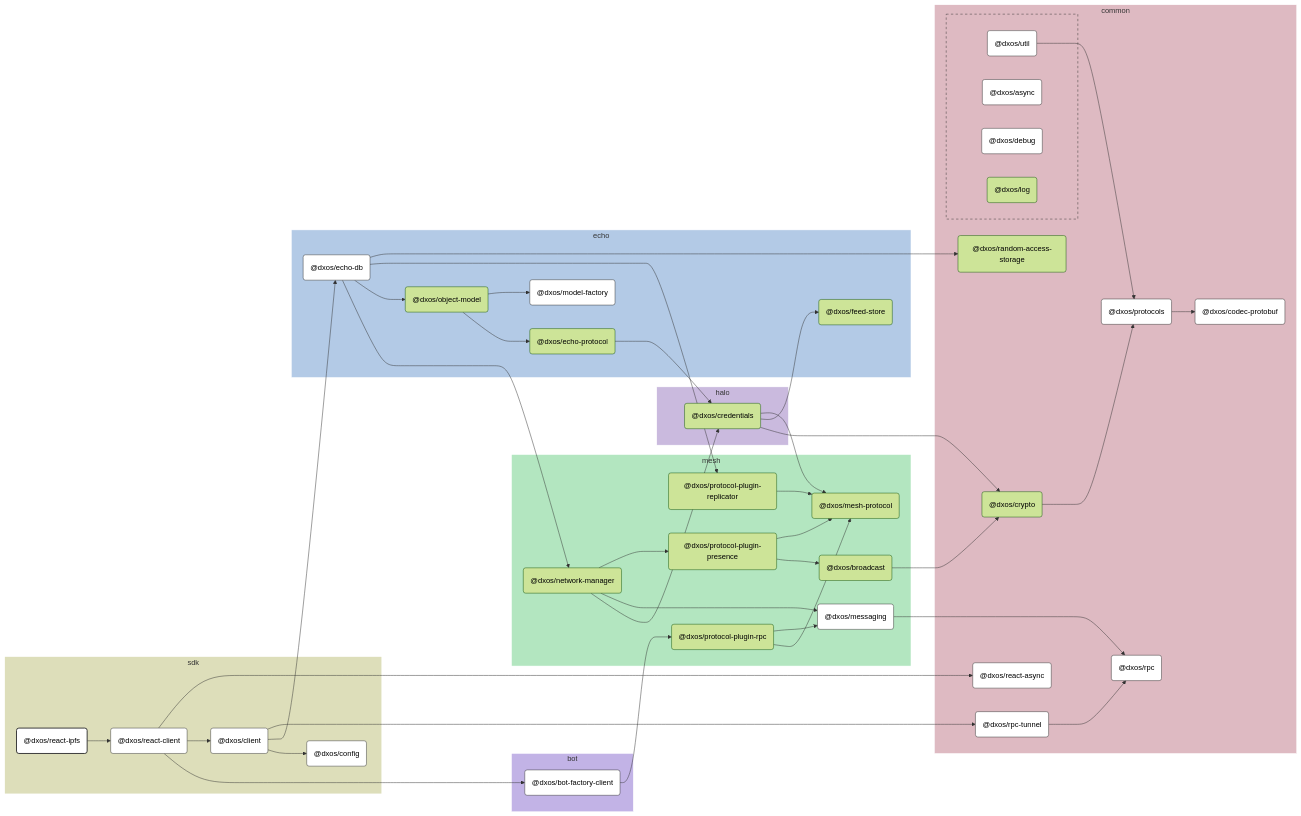
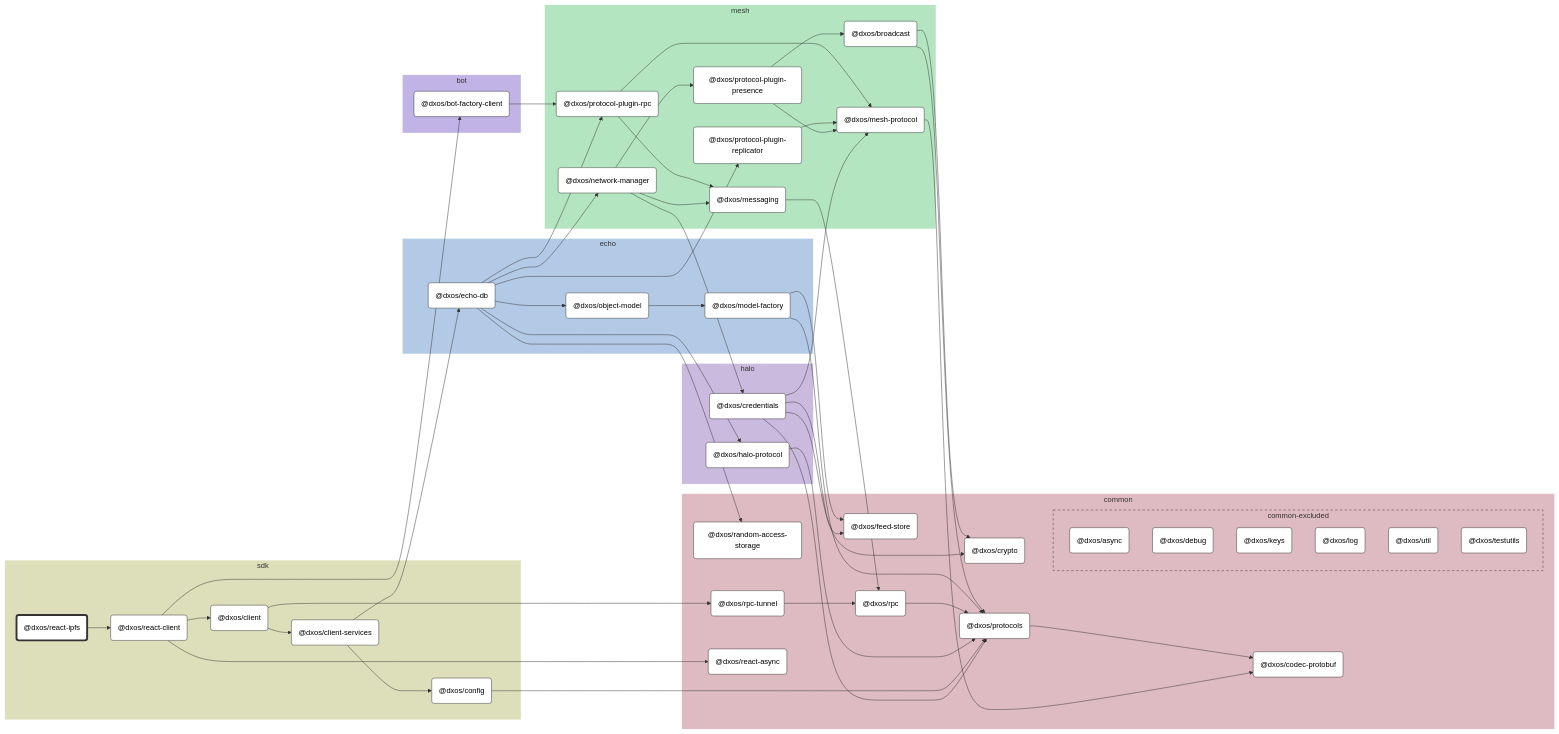
Before and after one commit to dxos/dxos: the diagram in packages/sdk/react-ipfs/docs/README.md, drawn with Mermaid (forest theme). The commit also changed other lines of this file and 683 other files, not shown here.

````diff
--- a/packages/sdk/react-ipfs/docs/README.md
+++ b/packages/sdk/react-ipfs/docs/README.md
@@ -9,143 +9,143 @@
 
 flowchart LR
 
-%% Links
-dxos/bot-factory-client --> dxos/protocol-plugin-rpc;
-dxos/broadcast --> dxos/crypto;
-dxos/client --> dxos/config;
-dxos/client --> dxos/echo-db;
-dxos/client --> dxos/rpc-tunnel;
-dxos/credentials --> dxos/crypto;
-dxos/credentials --> dxos/feed-store;
-dxos/credentials --> dxos/mesh-protocol;
-dxos/crypto --> dxos/protocols;
-dxos/echo-db --> dxos/network-manager;
-dxos/echo-db --> dxos/object-model;
-dxos/echo-db --> dxos/protocol-plugin-replicator;
-dxos/echo-db --> dxos/random-access-storage;
-dxos/echo-protocol --> dxos/credentials;
-dxos/messaging --> dxos/rpc;
-dxos/network-manager --> dxos/credentials;
-dxos/network-manager --> dxos/messaging;
-dxos/network-manager --> dxos/protocol-plugin-presence;
-dxos/object-model --> dxos/echo-protocol;
-dxos/object-model --> dxos/model-factory;
-dxos/protocol-plugin-presence --> dxos/broadcast;
-dxos/protocol-plugin-presence --> dxos/mesh-protocol;
-dxos/protocol-plugin-replicator --> dxos/mesh-protocol;
-dxos/protocol-plugin-rpc --> dxos/mesh-protocol;
-dxos/protocol-plugin-rpc --> dxos/messaging;
-dxos/protocols --> dxos/codec-protobuf;
-dxos/react-client --> dxos/bot-factory-client;
-dxos/react-client --> dxos/client;
-dxos/react-client --> dxos/react-async;
-dxos/react-ipfs --> dxos/react-client;
-dxos/rpc-tunnel --> dxos/rpc;
-dxos/util --> dxos/protocols;
+%% Classes
+classDef def fill:#fff,stroke:#333,stroke-width:1px
+classDef root fill:#fff,stroke:#333,stroke-width:4px
 
-%% Sections
-subgraph sdk
-  style sdk fill:#dddeba,stroke:#fff;
+%% Nodes
 
-  dxos/client("@dxos/client")
-  dxos/config("@dxos/config")
-  dxos/react-client("@dxos/react-client")
-  dxos/react-ipfs("@dxos/react-ipfs")
+subgraph sdk [sdk]
+  style sdk fill:#dddeba,stroke:#fff
+  dxos/react-ipfs("@dxos/react-ipfs"):::root
+  click dxos/react-ipfs "dxos/dxos/tree/main/packages/sdk/react-ipfs/docs"
+  dxos/client("@dxos/client"):::def
+  click dxos/client "dxos/dxos/tree/main/packages/sdk/client/docs"
+  dxos/client-services("@dxos/client-services"):::def
+  click dxos/client-services "dxos/dxos/tree/main/packages/sdk/client-services/docs"
+  dxos/config("@dxos/config"):::def
+  click dxos/config "dxos/dxos/tree/main/packages/sdk/config/docs"
+  dxos/react-client("@dxos/react-client"):::def
+  click dxos/react-client "dxos/dxos/tree/main/packages/sdk/react-client/docs"
 end
 
-subgraph common
-  style common fill:#debac2,stroke:#fff;
+subgraph common [common]
+  style common fill:#debac2,stroke:#fff
+  dxos/codec-protobuf("@dxos/codec-protobuf"):::def
+  click dxos/codec-protobuf "dxos/dxos/tree/main/packages/common/codec-protobuf/docs"
+  dxos/crypto("@dxos/crypto"):::def
+  click dxos/crypto "dxos/dxos/tree/main/packages/common/crypto/docs"
+  dxos/feed-store("@dxos/feed-store"):::def
+  click dxos/feed-store "dxos/dxos/tree/main/packages/common/feed-store/docs"
+  dxos/protocols("@dxos/protocols"):::def
+  click dxos/protocols "dxos/dxos/tree/main/packages/common/protocols/docs"
+  dxos/rpc("@dxos/rpc"):::def
+  click dxos/rpc "dxos/dxos/tree/main/packages/common/rpc/docs"
+  dxos/random-access-storage("@dxos/random-access-storage"):::def
+  click dxos/random-access-storage "dxos/dxos/tree/main/packages/common/random-access-storage/docs"
+  dxos/rpc-tunnel("@dxos/rpc-tunnel"):::def
+  click dxos/rpc-tunnel "dxos/dxos/tree/main/packages/common/rpc-tunnel/docs"
+  dxos/react-async("@dxos/react-async"):::def
+  click dxos/react-async "dxos/dxos/tree/main/packages/common/react-async/docs"
 
-  dxos/codec-protobuf("@dxos/codec-protobuf")
-  dxos/crypto("@dxos/crypto")
-  dxos/protocols("@dxos/protocols")
-  dxos/random-access-storage("@dxos/random-access-storage")
-  dxos/react-async("@dxos/react-async")
-  dxos/rpc("@dxos/rpc")
-  dxos/rpc-tunnel("@dxos/rpc-tunnel")
-
-  subgraph common-excluded [ ]
-    style common-excluded fill:#debac2,stroke:#333,stroke-dasharray:5 5;
-
-    dxos/async("@dxos/async")
-    dxos/debug("@dxos/debug")
-    dxos/log("@dxos/log")
-    dxos/util("@dxos/util")
+  subgraph common-excluded [common-excluded]
+    style common-excluded fill:#debac2,stroke:#333,stroke-dasharray:5 5
+    dxos/async("@dxos/async"):::def
+    click dxos/async "dxos/dxos/tree/main/packages/common/async/docs"
+    dxos/debug("@dxos/debug"):::def
+    click dxos/debug "dxos/dxos/tree/main/packages/common/debug/docs"
+    dxos/keys("@dxos/keys"):::def
+    click dxos/keys "dxos/dxos/tree/main/packages/common/keys/docs"
+    dxos/log("@dxos/log"):::def
+    click dxos/log "dxos/dxos/tree/main/packages/common/log/docs"
+    dxos/util("@dxos/util"):::def
+    click dxos/util "dxos/dxos/tree/main/packages/common/util/docs"
+    dxos/testutils("@dxos/testutils"):::def
+    click dxos/testutils "dxos/dxos/tree/main/packages/common/testutils/docs"
   end
 end
 
-subgraph echo
-  style echo fill:#b3cae6,stroke:#fff;
-
-  dxos/echo-db("@dxos/echo-db")
-  dxos/echo-protocol("@dxos/echo-protocol")
-  dxos/feed-store("@dxos/feed-store")
-  dxos/model-factory("@dxos/model-factory")
-  dxos/object-model("@dxos/object-model")
+subgraph halo [halo]
+  style halo fill:#cabade,stroke:#fff
+  dxos/credentials("@dxos/credentials"):::def
+  click dxos/credentials "dxos/dxos/tree/main/packages/halo/credentials/docs"
+  dxos/halo-protocol("@dxos/halo-protocol"):::def
+  click dxos/halo-protocol "dxos/dxos/tree/main/packages/halo/halo-protocol/docs"
 end
 
-subgraph halo
-  style halo fill:#cabade,stroke:#fff;
-
-  dxos/credentials("@dxos/credentials")
+subgraph mesh [mesh]
+  style mesh fill:#b3e6c0,stroke:#fff
+  dxos/mesh-protocol("@dxos/mesh-protocol"):::def
+  click dxos/mesh-protocol "dxos/dxos/tree/main/packages/mesh/mesh-protocol/docs"
+  dxos/messaging("@dxos/messaging"):::def
+  click dxos/messaging "dxos/dxos/tree/main/packages/mesh/messaging/docs"
+  dxos/network-manager("@dxos/network-manager"):::def
+  click dxos/network-manager "dxos/dxos/tree/main/packages/mesh/network-manager/docs"
+  dxos/protocol-plugin-presence("@dxos/protocol-plugin-presence"):::def
+  click dxos/protocol-plugin-presence "dxos/dxos/tree/main/packages/mesh/protocol-plugin-presence/docs"
+  dxos/broadcast("@dxos/broadcast"):::def
+  click dxos/broadcast "dxos/dxos/tree/main/packages/mesh/broadcast/docs"
+  dxos/protocol-plugin-replicator("@dxos/protocol-plugin-replicator"):::def
+  click dxos/protocol-plugin-replicator "dxos/dxos/tree/main/packages/mesh/protocol-plugin-replicator/docs"
+  dxos/protocol-plugin-rpc("@dxos/protocol-plugin-rpc"):::def
+  click dxos/protocol-plugin-rpc "dxos/dxos/tree/main/packages/mesh/protocol-plugin-rpc/docs"
 end
 
-subgraph mesh
-  style mesh fill:#b3e6c0,stroke:#fff;
-
-  dxos/broadcast("@dxos/broadcast")
-  dxos/mesh-protocol("@dxos/mesh-protocol")
-  dxos/messaging("@dxos/messaging")
-  dxos/network-manager("@dxos/network-manager")
-  dxos/protocol-plugin-presence("@dxos/protocol-plugin-presence")
-  dxos/protocol-plugin-replicator("@dxos/protocol-plugin-replicator")
-  dxos/protocol-plugin-rpc("@dxos/protocol-plugin-rpc")
+subgraph echo [echo]
+  style echo fill:#b3cae6,stroke:#fff
+  dxos/echo-db("@dxos/echo-db"):::def
+  click dxos/echo-db "dxos/dxos/tree/main/packages/echo/echo-db/docs"
+  dxos/model-factory("@dxos/model-factory"):::def
+  click dxos/model-factory "dxos/dxos/tree/main/packages/echo/model-factory/docs"
+  dxos/object-model("@dxos/object-model"):::def
+  click dxos/object-model "dxos/dxos/tree/main/packages/echo/object-model/docs"
 end
 
-subgraph bot
-  style bot fill:#c2b3e6,stroke:#fff;
-
-  dxos/bot-factory-client("@dxos/bot-factory-client")
+subgraph bot [bot]
+  style bot fill:#c2b3e6,stroke:#fff
+  dxos/bot-factory-client("@dxos/bot-factory-client"):::def
+  click dxos/bot-factory-client "dxos/dxos/tree/main/packages/bot/bot-factory-client/docs"
 end
 
-
-%% Hyperlinks
-click dxos/async "dxos/dxos/tree/main/packages/common/async/docs";
-click dxos/bot-factory-client "dxos/dxos/tree/main/packages/bot/bot-factory-client/docs";
-click dxos/client "dxos/dxos/tree/main/packages/sdk/client/docs";
-click dxos/codec-protobuf "dxos/dxos/tree/main/packages/common/codec-protobuf/docs";
-click dxos/config "dxos/dxos/tree/main/packages/sdk/config/docs";
-click dxos/debug "dxos/dxos/tree/main/packages/common/debug/docs";
-click dxos/echo-db "dxos/dxos/tree/main/packages/echo/echo-db/docs";
-click dxos/messaging "dxos/dxos/tree/main/packages/mesh/messaging/docs";
-click dxos/model-factory "dxos/dxos/tree/main/packages/echo/model-factory/docs";
-click dxos/protocols "dxos/dxos/tree/main/packages/common/protocols/docs";
-click dxos/react-async "dxos/dxos/tree/main/packages/common/react-async/docs";
-click dxos/react-client "dxos/dxos/tree/main/packages/sdk/react-client/docs";
-click dxos/rpc "dxos/dxos/tree/main/packages/common/rpc/docs";
-click dxos/rpc-tunnel "dxos/dxos/tree/main/packages/common/rpc-tunnel/docs";
-click dxos/util "dxos/dxos/tree/main/packages/common/util/docs";
-
-%% Styles
-classDef rootNode fill:#fff,stroke:#333,stroke-width:2px
-classDef defaultNode fill:#fff,stroke:#333,stroke-width:1px
+%% Links
 linkStyle default stroke:#333,stroke-width:1px
-
-dxos/react-ipfs:::rootNode
-
-dxos/async:::defaultNode
-dxos/bot-factory-client:::defaultNode
-dxos/client:::defaultNode
-dxos/codec-protobuf:::defaultNode
-dxos/config:::defaultNode
-dxos/debug:::defaultNode
-dxos/echo-db:::defaultNode
-dxos/messaging:::defaultNode
-dxos/model-factory:::defaultNode
-dxos/protocols:::defaultNode
-dxos/react-async:::defaultNode
-dxos/react-client:::defaultNode
-dxos/rpc:::defaultNode
-dxos/rpc-tunnel:::defaultNode
-dxos/util:::defaultNode
+dxos/client --> dxos/client-services
+dxos/credentials --> dxos/crypto
+dxos/credentials --> dxos/feed-store
+dxos/credentials --> dxos/mesh-protocol
+dxos/mesh-protocol --> dxos/codec-protobuf
+dxos/credentials --> dxos/protocols
+dxos/protocols --> dxos/codec-protobuf
+dxos/client-services --> dxos/config
+dxos/config --> dxos/protocols
+dxos/client-services --> dxos/echo-db
+dxos/echo-db --> dxos/halo-protocol
+dxos/halo-protocol --> dxos/protocols
+dxos/messaging --> dxos/rpc
+dxos/rpc --> dxos/protocols
+dxos/model-factory --> dxos/feed-store
+dxos/model-factory --> dxos/protocols
+dxos/echo-db --> dxos/network-manager
+dxos/network-manager --> dxos/credentials
+dxos/network-manager --> dxos/messaging
+dxos/network-manager --> dxos/protocol-plugin-presence
+dxos/protocol-plugin-presence --> dxos/broadcast
+dxos/broadcast --> dxos/crypto
+dxos/broadcast --> dxos/protocols
+dxos/protocol-plugin-presence --> dxos/mesh-protocol
+dxos/echo-db --> dxos/object-model
+dxos/object-model --> dxos/model-factory
+dxos/echo-db --> dxos/protocol-plugin-replicator
+dxos/protocol-plugin-replicator --> dxos/mesh-protocol
+dxos/echo-db --> dxos/random-access-storage
+dxos/echo-db --> dxos/protocol-plugin-rpc
+dxos/protocol-plugin-rpc --> dxos/messaging
+dxos/protocol-plugin-rpc --> dxos/mesh-protocol
+dxos/client --> dxos/rpc-tunnel
+dxos/rpc-tunnel --> dxos/rpc
+dxos/react-ipfs --> dxos/react-client
+dxos/react-client --> dxos/bot-factory-client
+dxos/bot-factory-client --> dxos/protocol-plugin-rpc
+dxos/react-client --> dxos/client
+dxos/react-client --> dxos/react-async
 ```
````
